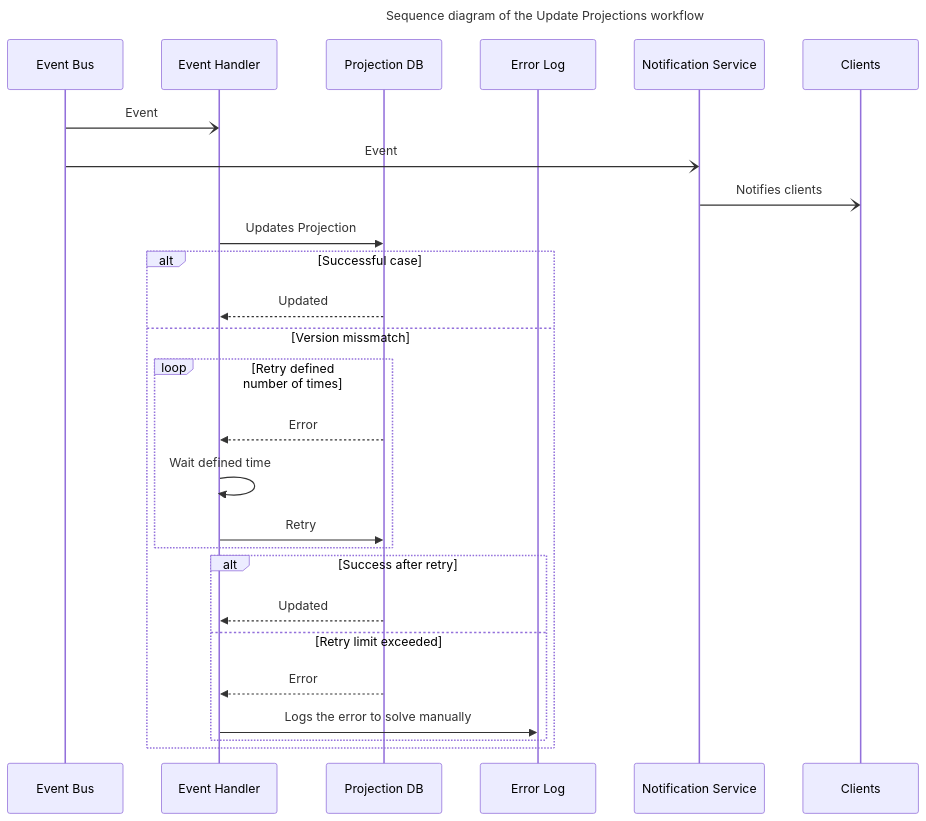
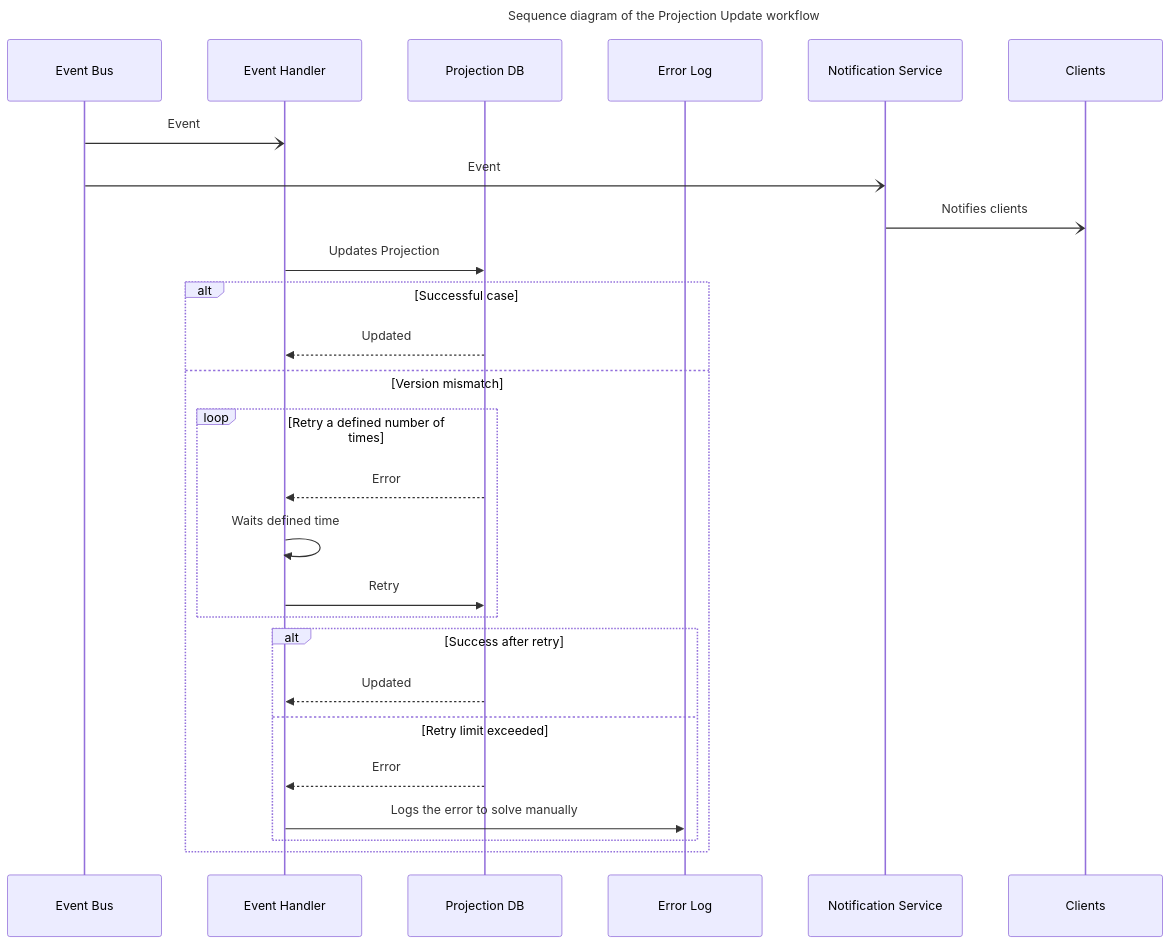
One commit to dmitryhruzin/CQRS-variations-test changed the third of 8 diagrams in docs/cqrs-modification.md. Above: the diagram before and after it, drawn with Mermaid. The commit also changed other lines of this file and 1 other file, not shown here.

Commit message:
docs: update to nevwer version

````diff
--- a/docs/cqrs-modification.md
+++ b/docs/cqrs-modification.md
@@ -57,32 +126,39 @@
 ```mermaid
 ---
-title: Sequence diagram of the Update Projections workflow
+title: Sequence diagram of the Projection Update workflow
+config:
+  sequence:
+    width: 200
+    height: 80
+    actorMargin: 60
+    boxMargin: 15
+    messageMargin: 45
 ---
   sequenceDiagram 
     participant eb as Event Bus
     participant eh as Event Handler
     participant db as Projection DB
     participant el as Error Log
     participant ns as Notification Service
     participant c as Clients
 
     eb-)eh: Event
     eb-)ns: Event
     ns-)c: Notifies clients
     eh->>db: Updates Projection
     alt Successful case
         db-->>eh: Updated
-    else Version missmatch
-      loop Retry defined number of times
+    else Version mismatch
+      loop Retry a defined number of times
         db-->>eh: Error
-        eh->>eh: Wait defined time
+        eh->>eh: Waits defined time
         eh->>db: Retry
       end
       alt Success after retry
         db-->>eh: Updated
       else Retry limit exceeded
         db-->>eh: Error
         eh->>el: Logs the error to solve manually
       end  
     end
 ```
````
